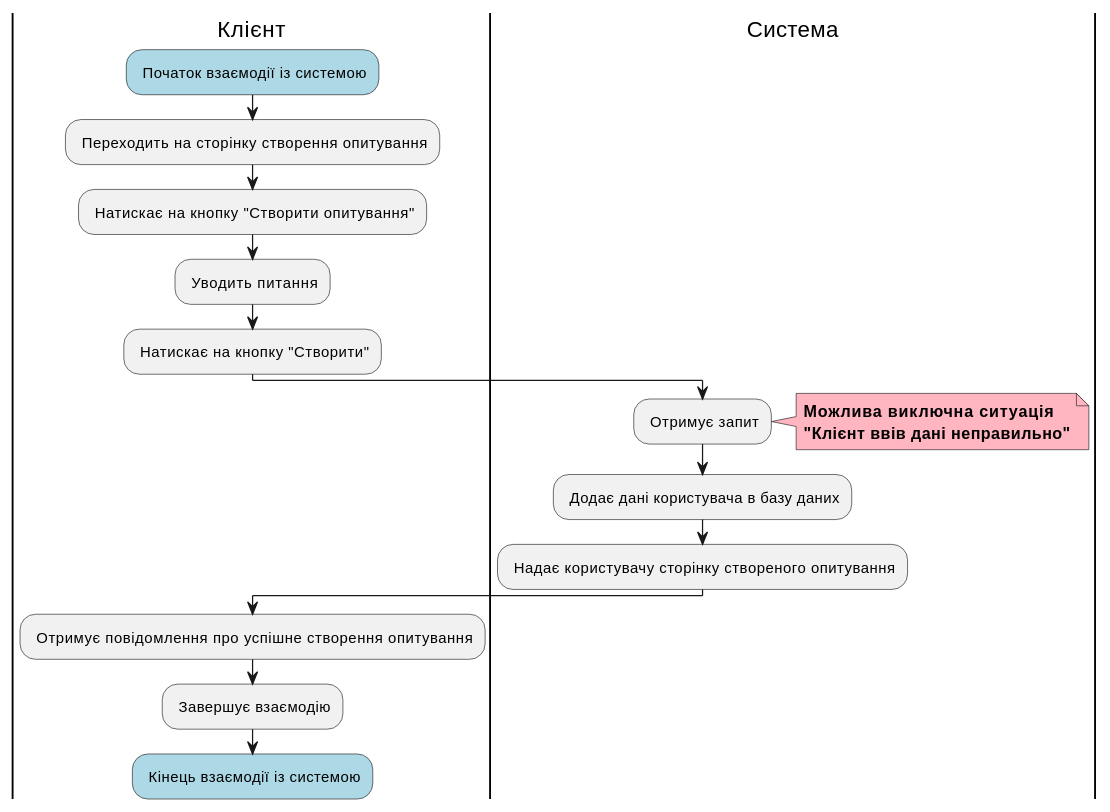
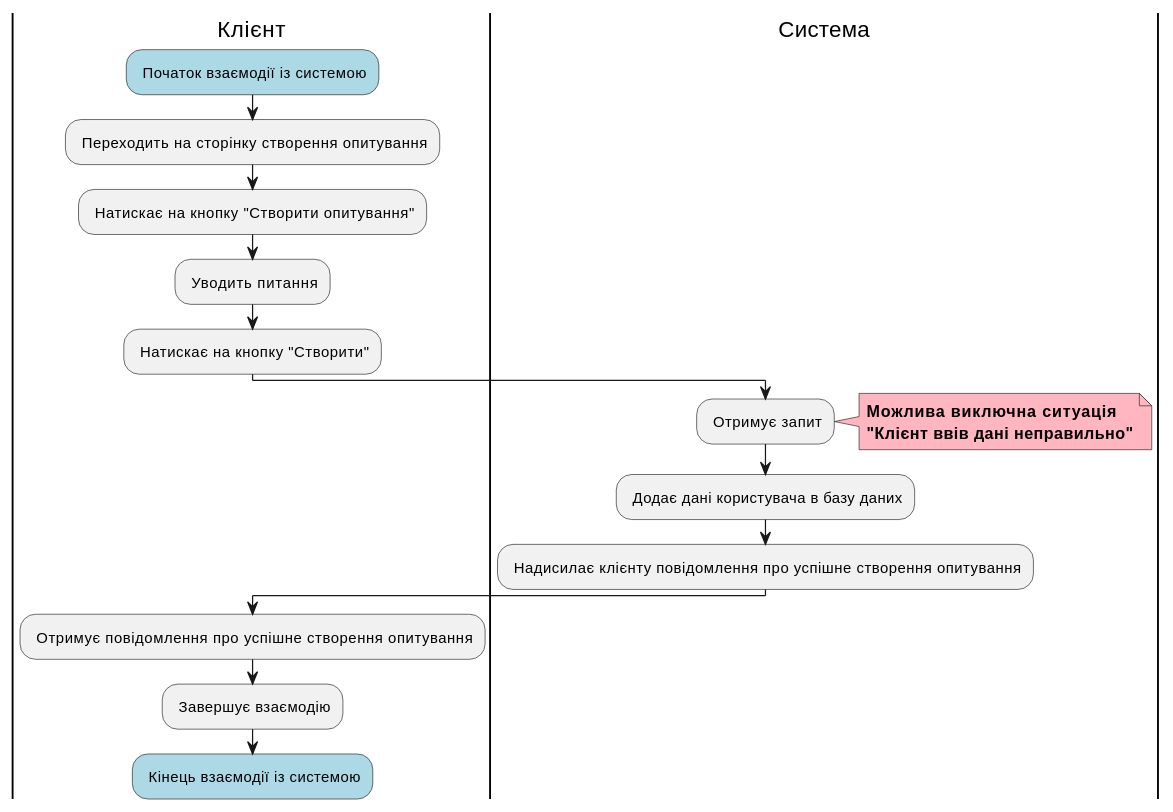
The seventh of 12 diagrams in docs/use cases/README.md (kujo205/db_labs), drawn with PlantUML before and after one commit. The commit also changed other lines of this file, not shown here.

```diff
--- a/docs/use cases/README.md
+++ b/docs/use cases/README.md
@@ -265,26 +263,26 @@
 @startuml
 
   |Клієнт|
   #lightblue : Початок взаємодії із системою;
   : Переходить на сторінку створення опитування; 
   : Натискає на кнопку "Створити опитування";
   : Уводить питання;
   : Натискає на кнопку "Створити";
 
   |Система|
   : Отримує запит;
 
   note right #lightpink
     <b>Можлива виключна ситуація</b>
     <b>"Клієнт ввів дані неправильно"</b>
   end note
   
   : Додає дані користувача в базу даних;
-  : Надає користувачу сторінку створеного опитування;
+  : Надисилає клієнту повідомлення про успішне створення опитування;
 
   |Клієнт|
   : Отримує повідомлення про успішне створення опитування;
   : Завершує взаємодію;
   #lightblue : Кінець взаємодії із системою;
 
 @enduml
```
